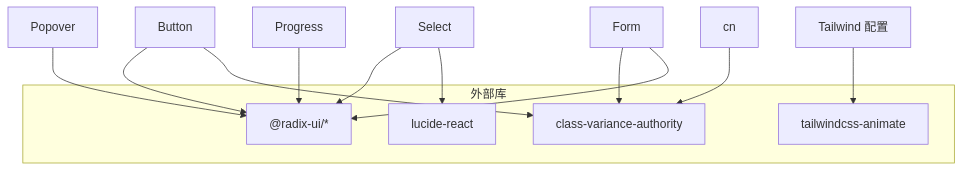
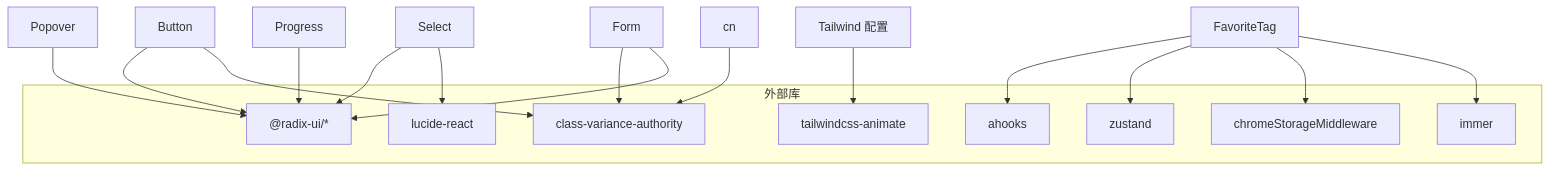
One commit to RadiumAg/bilibili-favorites changed the sixth of 6 diagrams in .qoder/repowiki/zh/content/UI组件系统/UI组件系统.md. Above: the diagram before and after it, drawn with Mermaid. The commit also changed other lines of this file and 3 other files, not shown here.

First line of the commit message:
docs(favorite-tag): 增加组件稳定性改进及全面无障碍性更新

````diff
--- a/.qoder/repowiki/zh/content/UI组件系统/UI组件系统.md
+++ b/.qoder/repowiki/zh/content/UI组件系统/UI组件系统.md
@@ -579,19 +667,27 @@
 ```mermaid
 graph TB
 subgraph "外部库"
 RUI["@radix-ui/*"]
 CVA["class-variance-authority"]
 LUCIDE["lucide-react"]
 ANI["tailwindcss-animate"]
+AH["ahooks"]
+ZUS["zustand"]
+IMMER["immer"]
+CSSM["chromeStorageMiddleware"]
 end
 Btn["Button"] --> RUI
 Btn --> CVA
 Sel["Select"] --> RUI
 Sel --> LUCIDE
 Pop["Popover"] --> RUI
 Prog["Progress"] --> RUI
 Form["Form"] --> CVA
 Form --> RUI
 Utils["cn"] --> CVA
 TW["Tailwind 配置"] --> ANI
+FTag["FavoriteTag"] --> AH
+FTag --> ZUS
+FTag --> CSSM
+FTag --> IMMER
 ```
````
